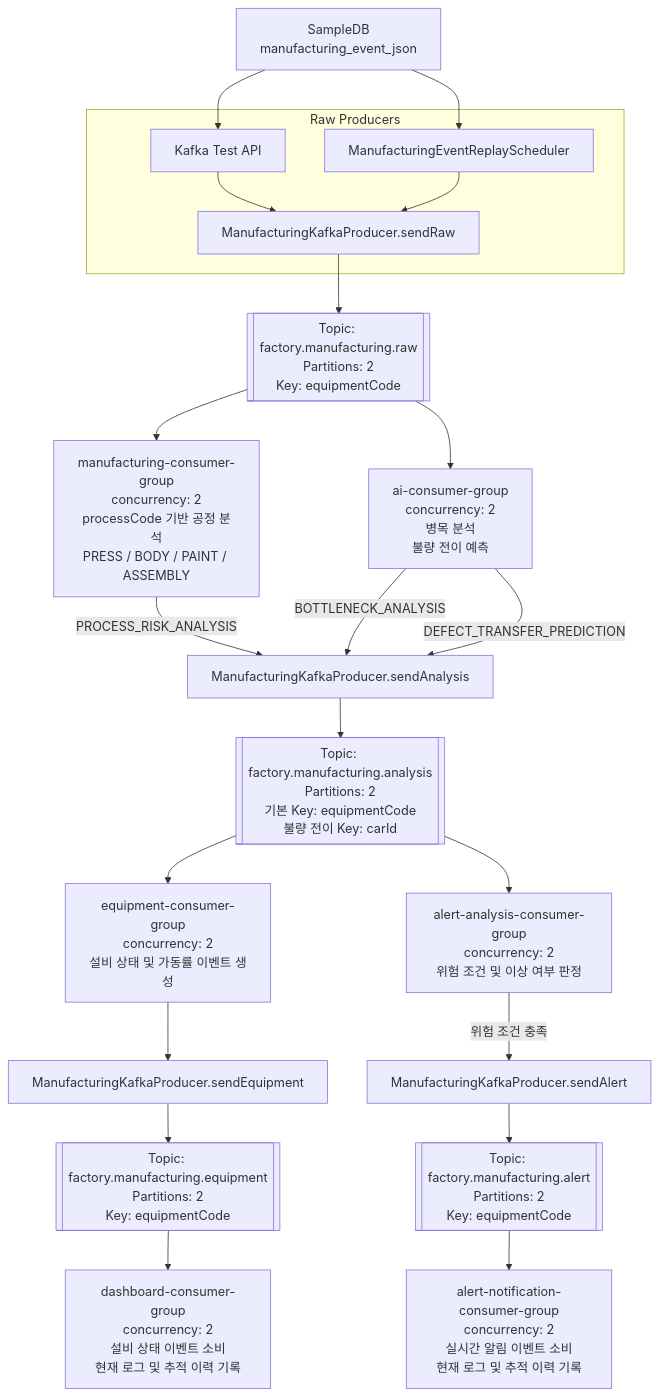
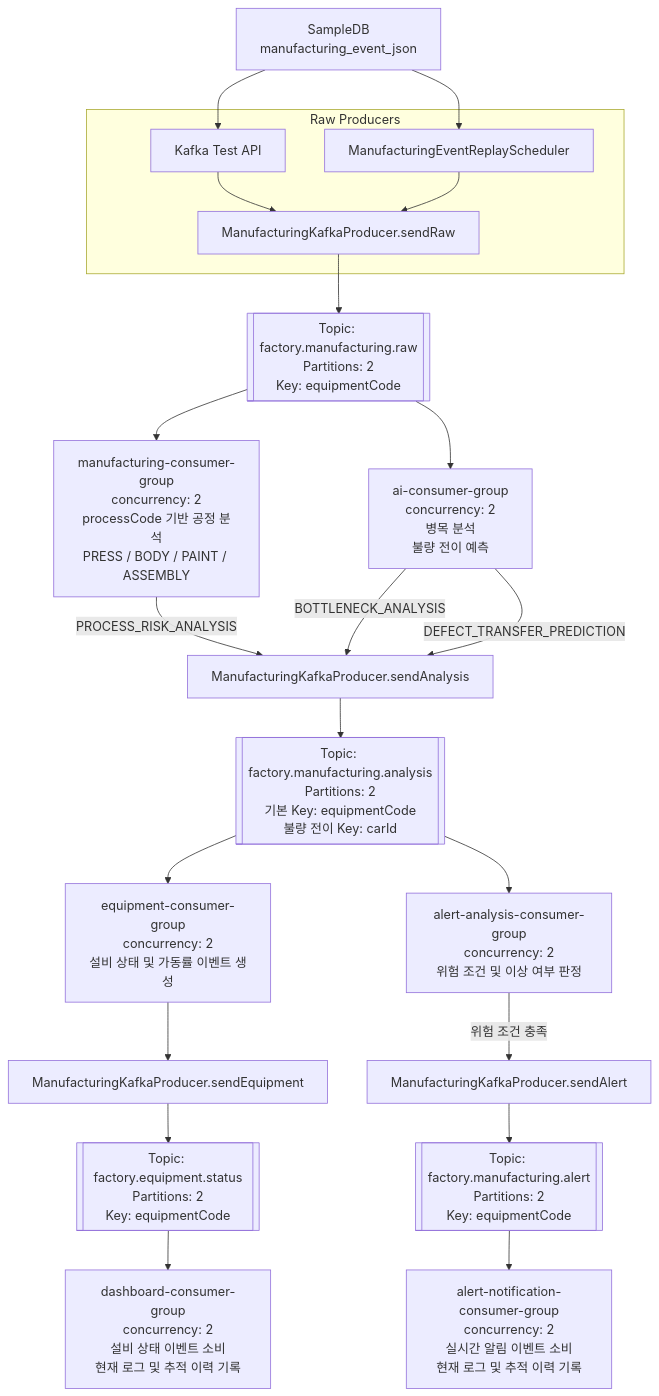
Before and after one commit to SK-Rookies-AIMS/assembly-service: the diagram in README.md, drawn with Mermaid. The commit also changed other lines of this file and 34 other files, not shown here.

````diff
--- a/README.md
+++ b/README.md
@@ -172,55 +172,55 @@
 ```mermaid
 flowchart TD
     DB[SampleDB<br/>manufacturing_event_json]
 
     subgraph RAW_PRODUCERS[Raw Producers]
         API[Kafka Test API]
         SCHEDULER[ManufacturingEventReplayScheduler]
         SEND_RAW[ManufacturingKafkaProducer.sendRaw]
     end
 
     RAW_TOPIC[["Topic: factory.manufacturing.raw<br/>Partitions: 2<br/>Key: equipmentCode"]]
 
     MANUFACTURING_GROUP["manufacturing-consumer-group<br/>concurrency: 2<br/>processCode 기반 공정 분석<br/>PRESS / BODY / PAINT / ASSEMBLY"]
     AI_GROUP["ai-consumer-group<br/>concurrency: 2<br/>병목 분석<br/>불량 전이 예측"]
 
     ANALYSIS_PRODUCER["ManufacturingKafkaProducer.sendAnalysis"]
     ANALYSIS_TOPIC[["Topic: factory.manufacturing.analysis<br/>Partitions: 2<br/>기본 Key: equipmentCode<br/>불량 전이 Key: carId"]]
 
     EQUIPMENT_GROUP["equipment-consumer-group<br/>concurrency: 2<br/>설비 상태 및 가동률 이벤트 생성"]
     ALERT_ANALYSIS_GROUP["alert-analysis-consumer-group<br/>concurrency: 2<br/>위험 조건 및 이상 여부 판정"]
 
     EQUIPMENT_PRODUCER["ManufacturingKafkaProducer.sendEquipment"]
     ALERT_PRODUCER["ManufacturingKafkaProducer.sendAlert"]
 
-    EQUIPMENT_TOPIC[["Topic: factory.manufacturing.equipment<br/>Partitions: 2<br/>Key: equipmentCode"]]
+    EQUIPMENT_TOPIC[["Topic: factory.equipment.status<br/>Partitions: 2<br/>Key: equipmentCode"]]
     ALERT_TOPIC[["Topic: factory.manufacturing.alert<br/>Partitions: 2<br/>Key: equipmentCode"]]
 
     DASHBOARD_GROUP["dashboard-consumer-group<br/>concurrency: 2<br/>설비 상태 이벤트 소비<br/>현재 로그 및 추적 이력 기록"]
     NOTIFICATION_GROUP["alert-notification-consumer-group<br/>concurrency: 2<br/>실시간 알림 이벤트 소비<br/>현재 로그 및 추적 이력 기록"]
 
     DB --> API
     DB --> SCHEDULER
     API --> SEND_RAW
     SCHEDULER --> SEND_RAW
     SEND_RAW --> RAW_TOPIC
 
     RAW_TOPIC --> MANUFACTURING_GROUP
     RAW_TOPIC --> AI_GROUP
 
     MANUFACTURING_GROUP -->|PROCESS_RISK_ANALYSIS| ANALYSIS_PRODUCER
     AI_GROUP -->|BOTTLENECK_ANALYSIS| ANALYSIS_PRODUCER
     AI_GROUP -->|DEFECT_TRANSFER_PREDICTION| ANALYSIS_PRODUCER
     ANALYSIS_PRODUCER --> ANALYSIS_TOPIC
 
     ANALYSIS_TOPIC --> EQUIPMENT_GROUP
     ANALYSIS_TOPIC --> ALERT_ANALYSIS_GROUP
 
     EQUIPMENT_GROUP --> EQUIPMENT_PRODUCER
     EQUIPMENT_PRODUCER --> EQUIPMENT_TOPIC
     EQUIPMENT_TOPIC --> DASHBOARD_GROUP
 
     ALERT_ANALYSIS_GROUP -->|위험 조건 충족| ALERT_PRODUCER
     ALERT_PRODUCER --> ALERT_TOPIC
     ALERT_TOPIC --> NOTIFICATION_GROUP
 ```
````
